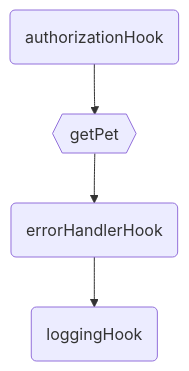
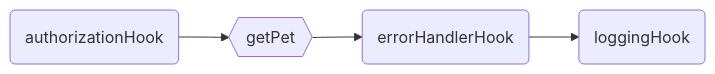
One commit to MionKit/mion changed the second of 2 diagrams in packages/router/README.md. Above: the diagram before and after it, drawn with Mermaid. The commit also changed other lines of this file and 3 other files, not shown here.

````diff
--- a/packages/router/README.md
+++ b/packages/router/README.md
@@ -194,4 +164,4 @@
 ```mermaid
-graph TD;
+graph LR;
   A(authorizationHook) --> B{{getPet}} --> E(errorHandlerHook) --> C(loggingHook)
 ```
````
